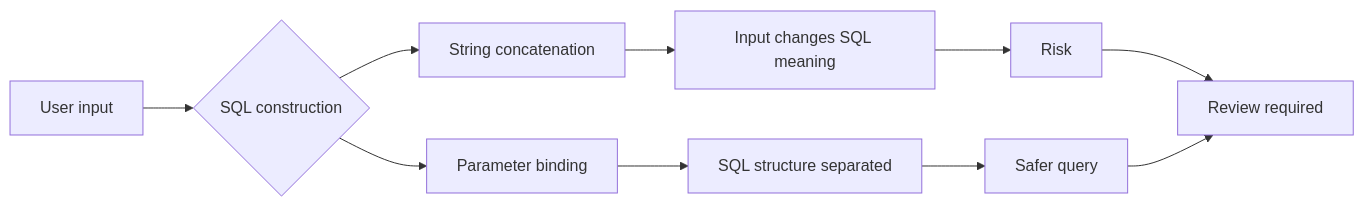
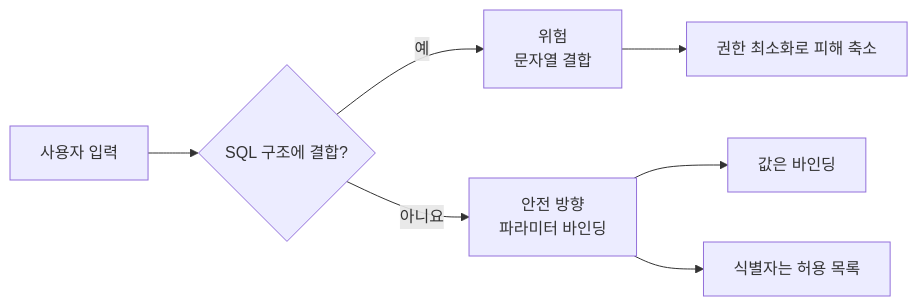
One commit to GilbertMoon/ai-database-book changed the diagram in images/chapter11/ch11_06_sql_injection_safe_query.mmd. Above: the diagram before and after it, drawn with Mermaid. The commit also changed 47 other files, not shown here.

Commit message:
Revise Chapters 10 and 11 content and diagrams

```diff
--- a/images/chapter11/ch11_06_sql_injection_safe_query.mmd
+++ b/images/chapter11/ch11_06_sql_injection_safe_query.mmd
@@ -1,13 +1,9 @@
 flowchart LR
-    A[User input] --> B{SQL construction}
-
-    B --> C[String concatenation]
-    C --> C1[Input changes SQL meaning]
-    C1 --> C2[Risk]
-
-    B --> D[Parameter binding]
-    D --> D1[SQL structure separated]
-    D1 --> D2[Safer query]
-
-    C2 --> E[Review required]
-    D2 --> E
+    A[사용자 입력] --> B{SQL 구조에 결합?}
+    B -- 예 --> C[위험
+문자열 결합]
+    B -- 아니요 --> D[안전 방향
+파라미터 바인딩]
+    D --> E[값은 바인딩]
+    D --> F[식별자는 허용 목록]
+    C --> G[권한 최소화로 피해 축소]
```
